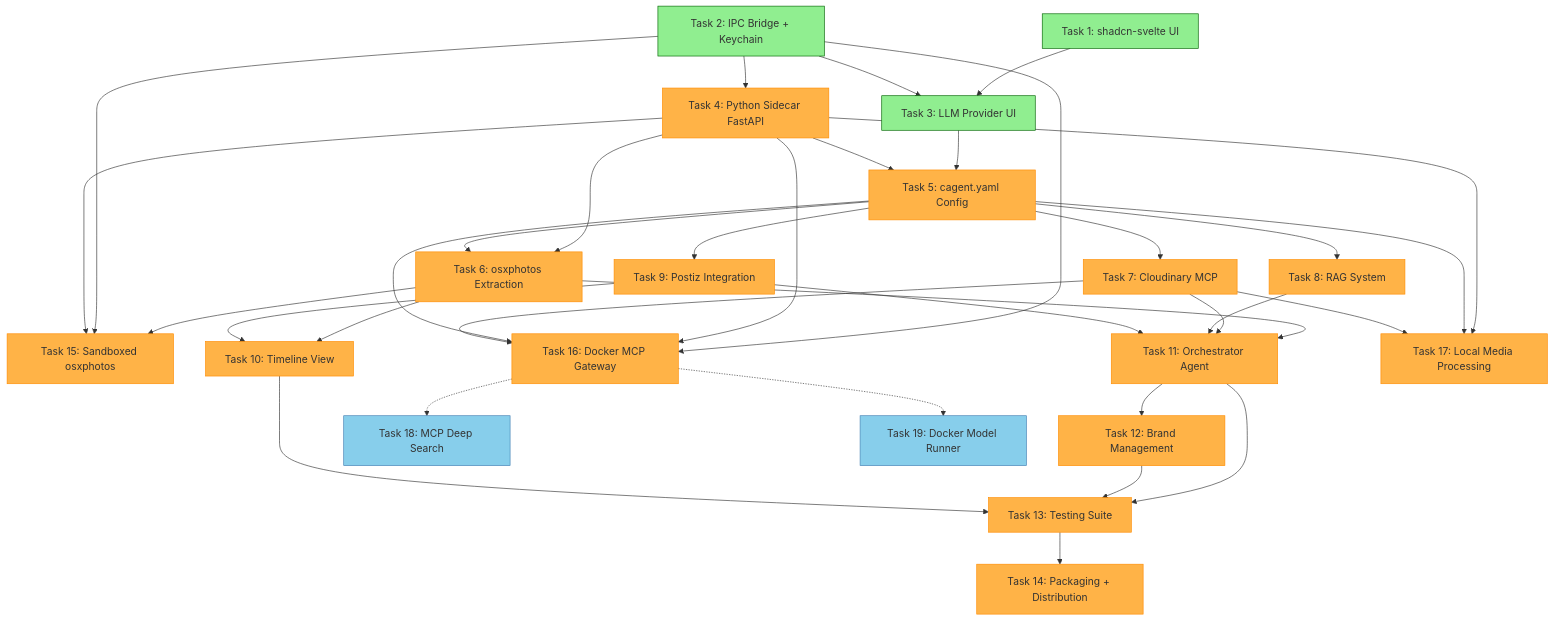
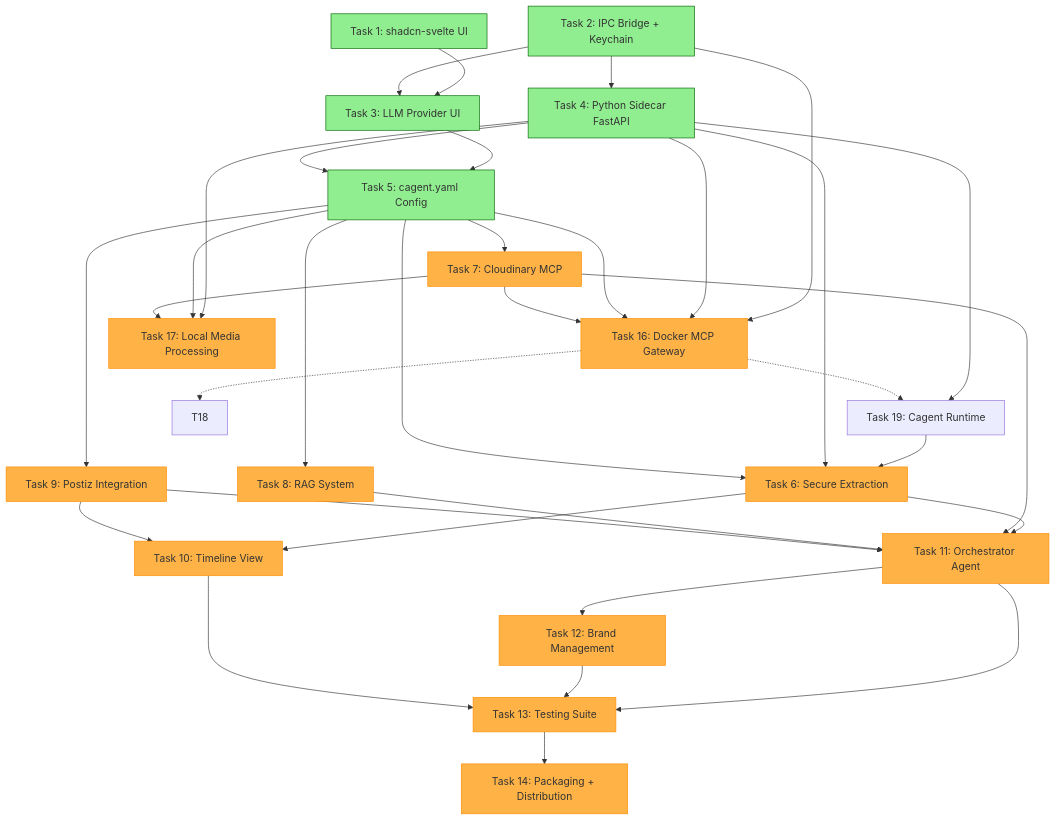
The diagram in PARALLEL-TASKS-REPORT.md (alchimie-di-circe/Extractor-desktop-app), drawn with Mermaid before and after one commit. The commit also changed other lines of this file and 2 other files, not shown here.

Commit message:
PRP x task 19 and task 16 -> WAVE 3

````diff
--- a/PARALLEL-TASKS-REPORT.md
+++ b/PARALLEL-TASKS-REPORT.md
@@ -26,70 +25,67 @@
 ```mermaid
 graph TD
-    %% FASE 0 - Foundation
+    %% FASE 0 - Foundation (COMPLETATA)
     T1[Task 1: shadcn-svelte UI] 
     T2[Task 2: IPC Bridge + Keychain]
     
-    %% FASE 1 - Core Infrastructure
+    %% FASE 1 - Core Infrastructure (COMPLETATA)
     T2 --> T4[Task 4: Python Sidecar FastAPI]
     T1 --> T3[Task 3: LLM Provider UI]
     T2 --> T3
     
-    %% FASE 2 - Configuration Layer
+    %% FASE 2 - Configuration Layer (COMPLETATA)
     T3 --> T5[Task 5: cagent.yaml Config]
     T4 --> T5
+    T19[Task 19: Cagent Runtime] --> T6
+    T4 --> T19
     
-    %% FASE 3 - Parallel Agents (MAX PARALLELISM)
+    %% FASE 3 - Parallel Agents (IN CORSO)
+    %% Task 6 è ora la Super Task che include la Sandbox (ex Task 15)
+    T4 --> T6[Task 6: Secure Extraction]
+    T5 --> T6
+    
     T5 --> T7[Task 7: Cloudinary MCP]
     T5 --> T8[Task 8: RAG System]
     T5 --> T9[Task 9: Postiz Integration]
     
-    T4 --> T6[Task 6: osxphotos Extraction]
-    T5 --> T6
-    
-    %% FASE 4 - Security & Orchestration
-    T6 --> T15[Task 15: Sandboxed osxphotos]
-    T2 --> T15
-    T4 --> T15
-    
+    %% FASE 4 - Orchestration & UI (Sbloccata da Wave 3)
     T6 --> T11[Task 11: Orchestrator Agent]
     T7 --> T11
     T8 --> T11
     T9 --> T11
     
-    %% FASE 5 - UI & Management
     T6 --> T10[Task 10: Timeline View]
     T9 --> T10
     
     T11 --> T12[Task 12: Brand Management]
     
-    %% FASE 6 - Docker & Advanced
+    %% FASE 5 - Advanced Features
     T2 --> T16[Task 16: Docker MCP Gateway]
     T4 --> T16
     T5 --> T16
     T7 --> T16
     
     T4 --> T17[Task 17: Local Media Processing]
     T5 --> T17
     T7 --> T17
     
-    %% FASE 7 - Testing & Release
+    %% FASE 6 - Testing & Release
     T11 --> T13[Task 13: Testing Suite]
     T12 --> T13
     T10 --> T13
     
     T13 --> T14[Task 14: Packaging + Distribution]
     
     %% UPGRADES (Post-MVP)
-    T16 -.-> T18[Task 18: MCP Deep Search]
-    T16 -.-> T19[Task 19: Docker Model Runner]
+    T16 -.-> T18
+    T16 -.-> T19
     
     %% Styling
     classDef done fill:#90EE90,stroke:#006400
     classDef pending fill:#FFB347,stroke:#FF8C00
     classDef critical fill:#FF6B6B,stroke:#8B0000
     classDef upgrade fill:#87CEEB,stroke:#4682B4
     
-    class T1,T2,T3 done
-    class T4,T5,T6,T7,T8,T9,T10,T11,T12,T13,T14,T15,T16,T17 pending
-    class T18,T19 upgrade
+    class T1,T2,T3,T4,T5 done
+    class T6,T7,T8,T9,T10,T11,T12,T13,T14,T16,T17, pending
 ```
````
